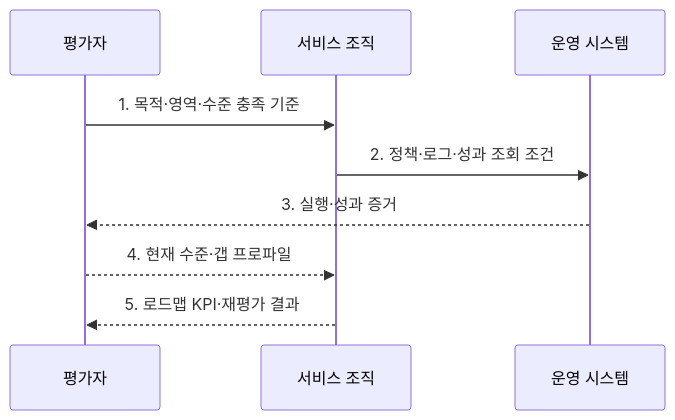
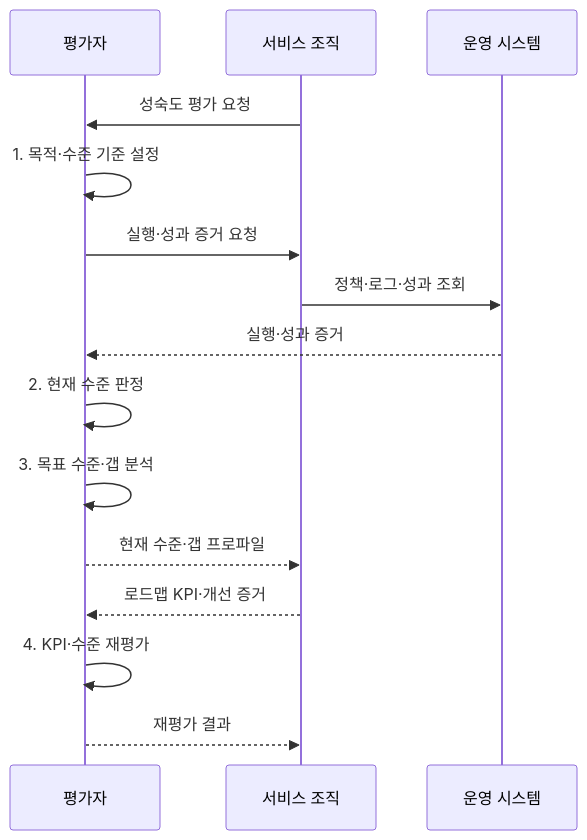
The second of 2 diagrams in src/content/docs/notes/06-evaluation/051_digital_service_maturity_evaluation.md (agnusdei1207/knowledge-base), drawn with Mermaid before and after one commit. The commit also changed other lines of this file and 11 other files, not shown here.

````diff
--- a/src/content/docs/notes/06-evaluation/051_digital_service_maturity_evaluation.md
+++ b/src/content/docs/notes/06-evaluation/051_digital_service_maturity_evaluation.md
@@ -81,11 +82,17 @@
 ```mermaid
 sequenceDiagram
     participant E as 평가자
     participant O as 서비스 조직
     participant S as 운영 시스템
-    E->>O: 1. 목적·영역·수준 충족 기준
-    O->>S: 2. 정책·로그·성과 조회 조건
-    S-->>E: 3. 실행·성과 증거
-    E-->>O: 4. 현재 수준·갭 프로파일
-    O-->>E: 5. 로드맵 KPI·재평가 결과
+    O->>E: 성숙도 평가 요청
+    E->>E: 1. 목적·수준 기준 설정
+    E->>O: 실행·성과 증거 요청
+    O->>S: 정책·로그·성과 조회
+    S-->>E: 실행·성과 증거
+    E->>E: 2. 현재 수준 판정
+    E->>E: 3. 목표 수준·갭 분석
+    E-->>O: 현재 수준·갭 프로파일
+    O-->>E: 로드맵 KPI·개선 증거
+    E->>E: 4. KPI·수준 재평가
+    E-->>O: 재평가 결과
 ```
````
